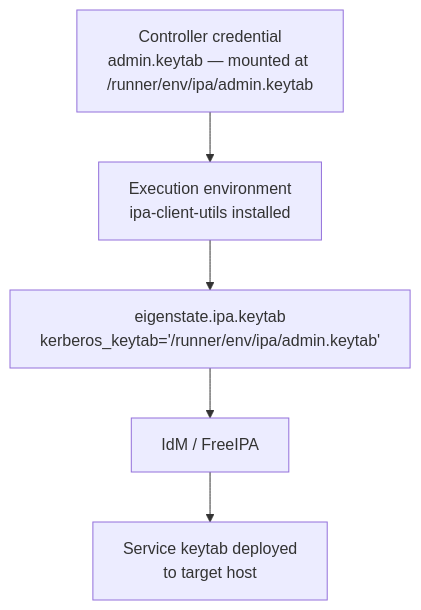
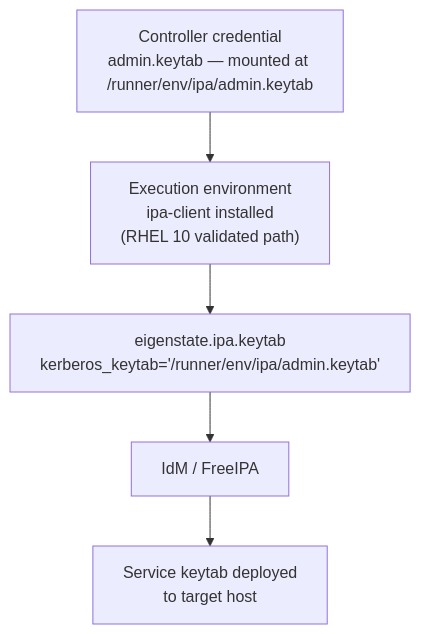
The seventh of 8 diagrams in docs/keytab-capabilities.md (gprocunier/eigenstate-ipa), drawn with Mermaid before and after one commit. The commit also changed other lines of this file and 6 other files, not shown here.

````diff
--- a/docs/keytab-capabilities.md
+++ b/docs/keytab-capabilities.md
@@ -282,13 +283,13 @@
 ```mermaid
 flowchart TD
     cred["Controller credential\nadmin.keytab — mounted at /runner/env/ipa/admin.keytab"]
-    ee["Execution environment\nipa-client-utils installed"]
+    ee["Execution environment\nipa-client installed\n(RHEL 10 validated path)"]
     lookup["eigenstate.ipa.keytab\nkerberos_keytab='/runner/env/ipa/admin.keytab'"]
     idm["IdM / FreeIPA"]
     target["Service keytab deployed\nto target host"]
 
     cred --> ee
     ee --> lookup
     lookup --> idm
     idm --> target
 ```
````
